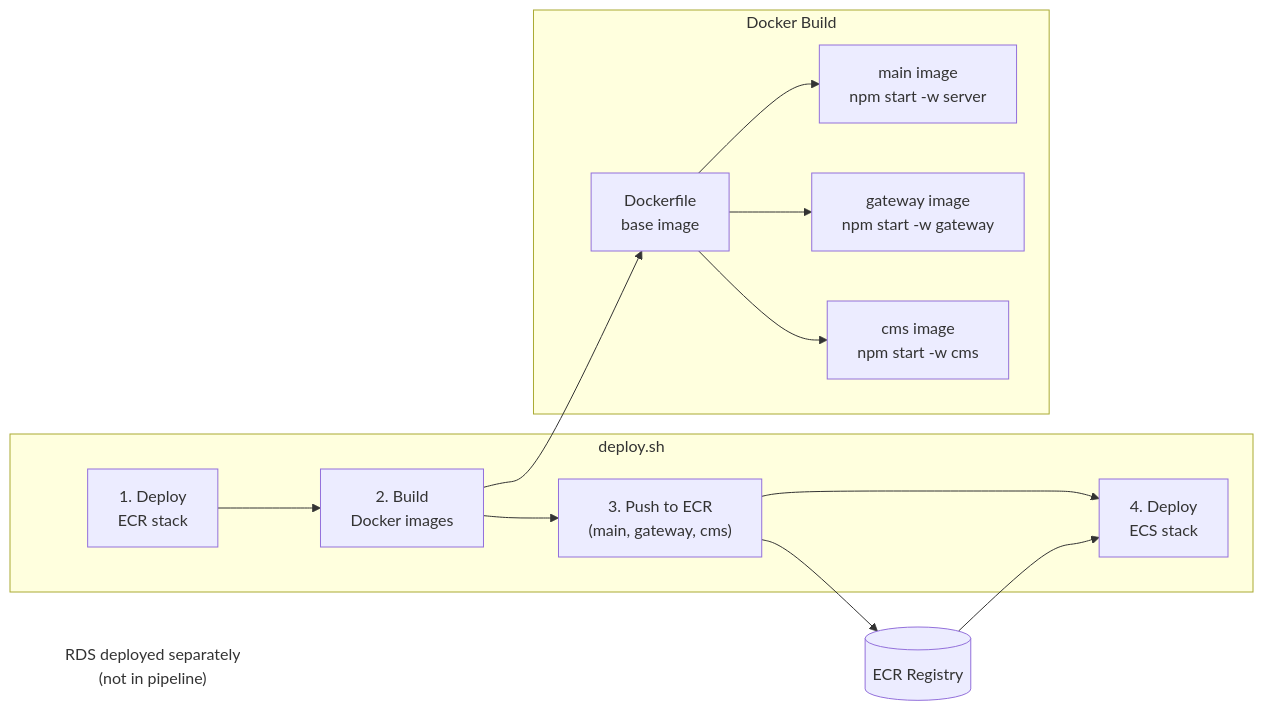
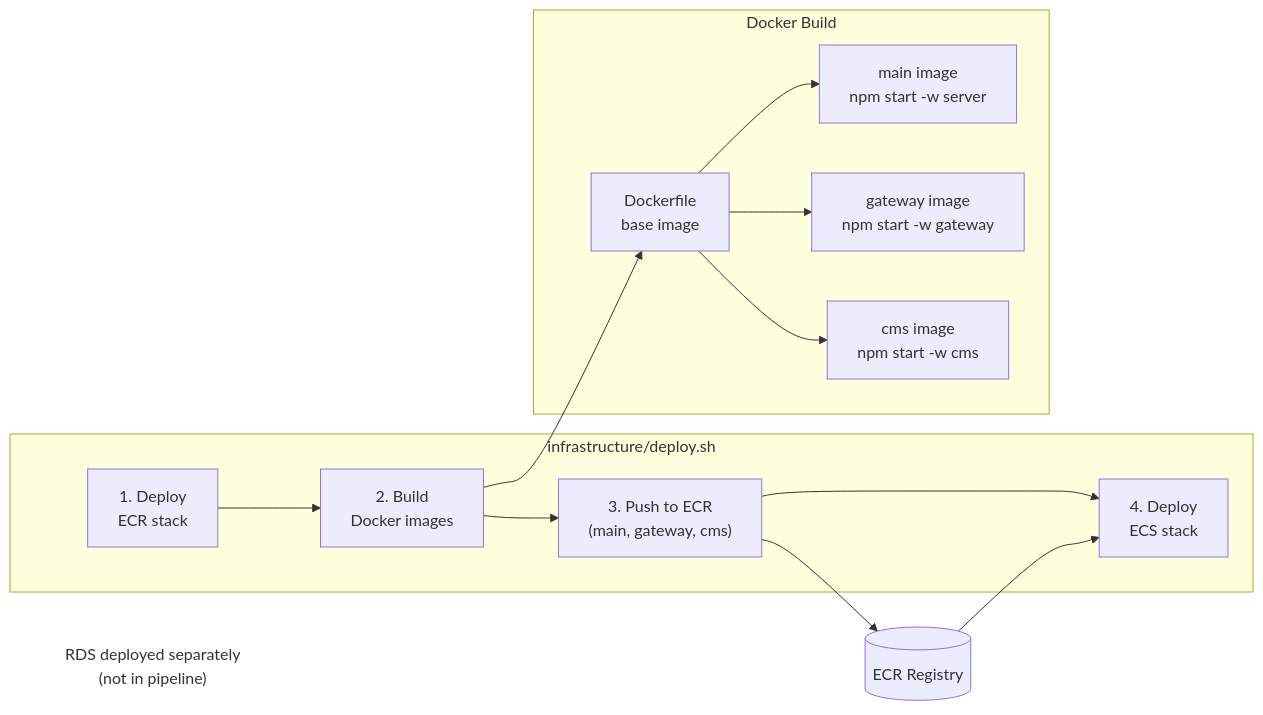
Before and after one commit to CBIIT/nci-webtools-ctri-arti: the fourth of 4 diagrams in infrastructure/README.md, drawn with Mermaid. The commit also changed other lines of this file and 2 other files, not shown here.

Commit message:
move deploy.sh to infrastructure, add local deployment defaults

````diff
--- a/infrastructure/README.md
+++ b/infrastructure/README.md
@@ -105,22 +105,22 @@
 ```mermaid
 graph LR
-    subgraph "deploy.sh"
+    subgraph "infrastructure/deploy.sh"
         A["1. Deploy<br/>ECR stack"] --> B["2. Build<br/>Docker images"]
         B --> C["3. Push to ECR<br/>(main, gateway, cms)"]
         C --> D["4. Deploy<br/>ECS stack"]
     end
 
     subgraph "Docker Build"
         Base[Dockerfile<br/>base image] --> MainImg[main image<br/>npm start -w server]
         Base --> GWImg[gateway image<br/>npm start -w gateway]
         Base --> CMSImg[cms image<br/>npm start -w cms]
     end
 
     B --> Base
     C --> ECR[(ECR Registry)]
     ECR --> D
 
     Note["RDS deployed separately<br/>(not in pipeline)"]
 
     style Note fill:none,stroke:none
 ```
````
